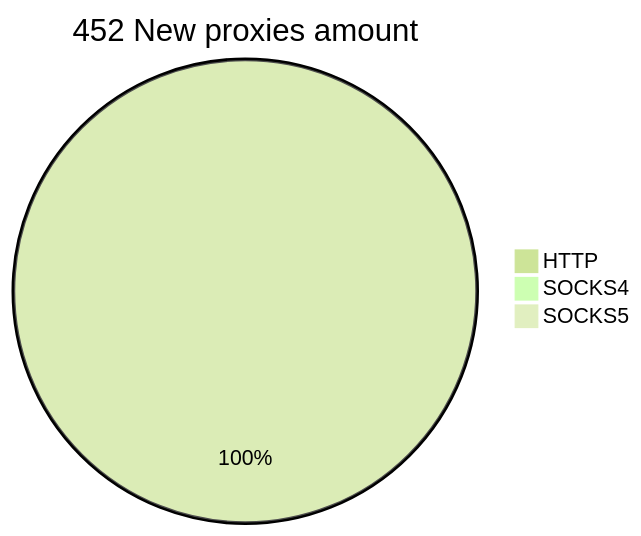
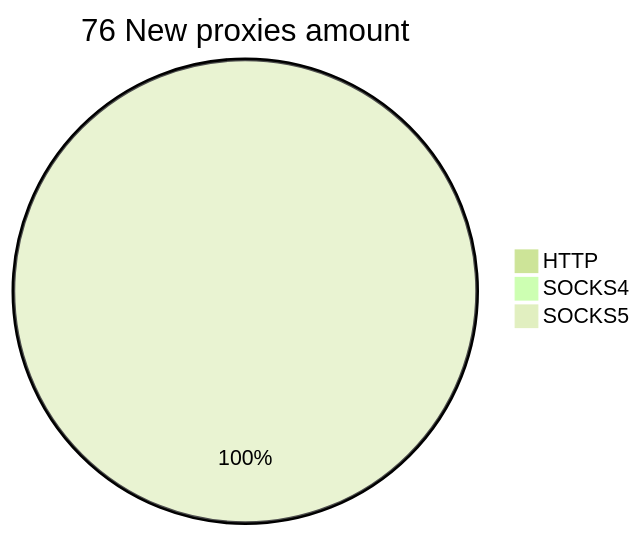
One commit to cutipu/proxylist changed the second of 2 diagrams in README.md. Above: the diagram before and after it, drawn with Mermaid (forest theme). The commit also changed other lines of this file, not shown here.

````diff
--- a/README.md
+++ b/README.md
@@ -10,6 +10,6 @@
 ```mermaid
-pie title 452 New proxies amount
-    "HTTP" : 456
+pie title 76 New proxies amount
+    "HTTP" : 0
     "SOCKS4" : 0
-    "SOCKS5" : 0
+    "SOCKS5" : 76
 ```
````
